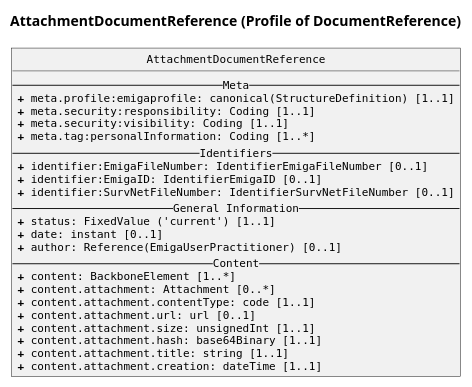
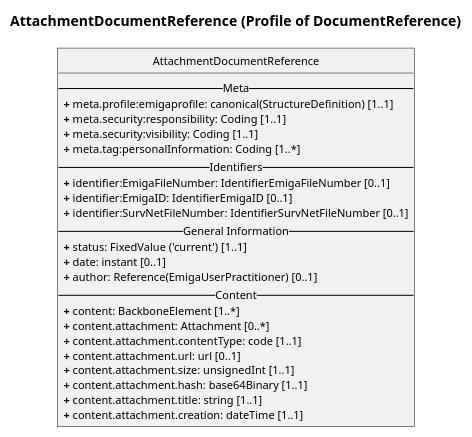
One commit to robert-koch-institut/rki.emiga.common changed the diagram in rki.emiga.common/guides/implementationguides.common/PlantUML/AttachmentDocumentReference.puml. Above: the diagram before and after it, drawn with PlantUML. The commit also changed 13 other files, not shown here.

```diff
--- a/rki.emiga.common/guides/implementationguides.common/PlantUML/AttachmentDocumentReference.puml
+++ b/rki.emiga.common/guides/implementationguides.common/PlantUML/AttachmentDocumentReference.puml
@@ -1,41 +1,44 @@
 @startuml
 skinparam linetype ortho
 
 title AttachmentDocumentReference (Profile of DocumentReference) 
 
 skinparam shadowing false
 skinparam roundcorner 0
 skinparam linetype ortho
 skinparam classAttributeIconSize 0
 skinparam defaultFontName Arial
 skinparam defaultFontSize 11
-skinparam classAttributeFontName Monospaced
+
+skinparam ArrowColor black
+skinparam classBorderColor black
+skinparam classFontColor black
 
 hide circle
 
 class AttachmentDocumentReference{
 -- Meta --
 <b>+</b> meta.profile:emigaprofile: canonical(StructureDefinition) [1..1]
 <b>+</b> meta.security:responsibility: Coding [1..1]
 <b>+</b> meta.security:visibility: Coding [1..1]
 <b>+</b> meta.tag:personalInformation: Coding [1..*]
 -- Identifiers --
 <b>+</b> identifier:EmigaFileNumber: IdentifierEmigaFileNumber [0..1]
 <b>+</b> identifier:EmigaID: IdentifierEmigaID [0..1]
 <b>+</b> identifier:SurvNetFileNumber: IdentifierSurvNetFileNumber [0..1]
 -- General Information --
 <b>+</b> status: FixedValue ('current') [1..1]
 <b>+</b> date: instant [0..1]
 <b>+</b> author: Reference(EmigaUserPractitioner) [0..1]
 -- Content --
 <b>+</b> content: BackboneElement [1..*]
 <b>+</b> content.attachment: Attachment [0..*]
 <b>+</b> content.attachment.contentType: code [1..1]
 <b>+</b> content.attachment.url: url [0..1]
 <b>+</b> content.attachment.size: unsignedInt [1..1]
 <b>+</b> content.attachment.hash: base64Binary [1..1]
 <b>+</b> content.attachment.title: string [1..1]
 <b>+</b> content.attachment.creation: dateTime [1..1]
 }
 
 @enduml
```
